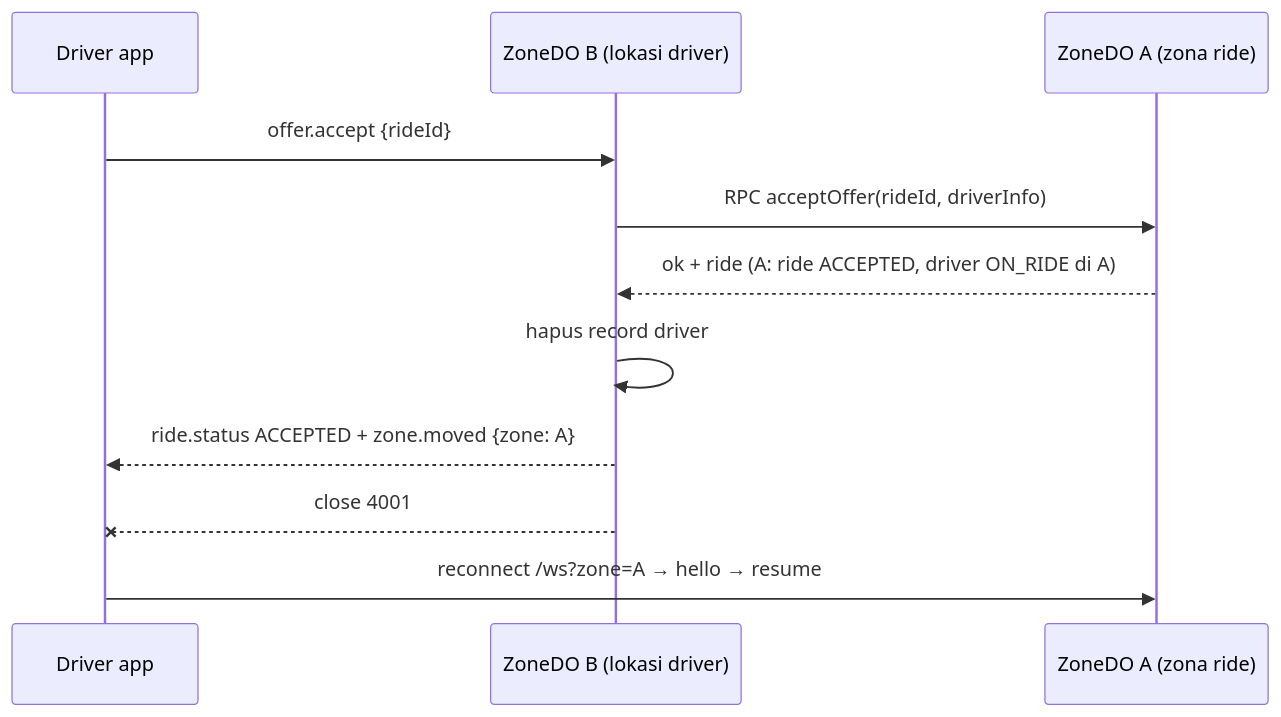
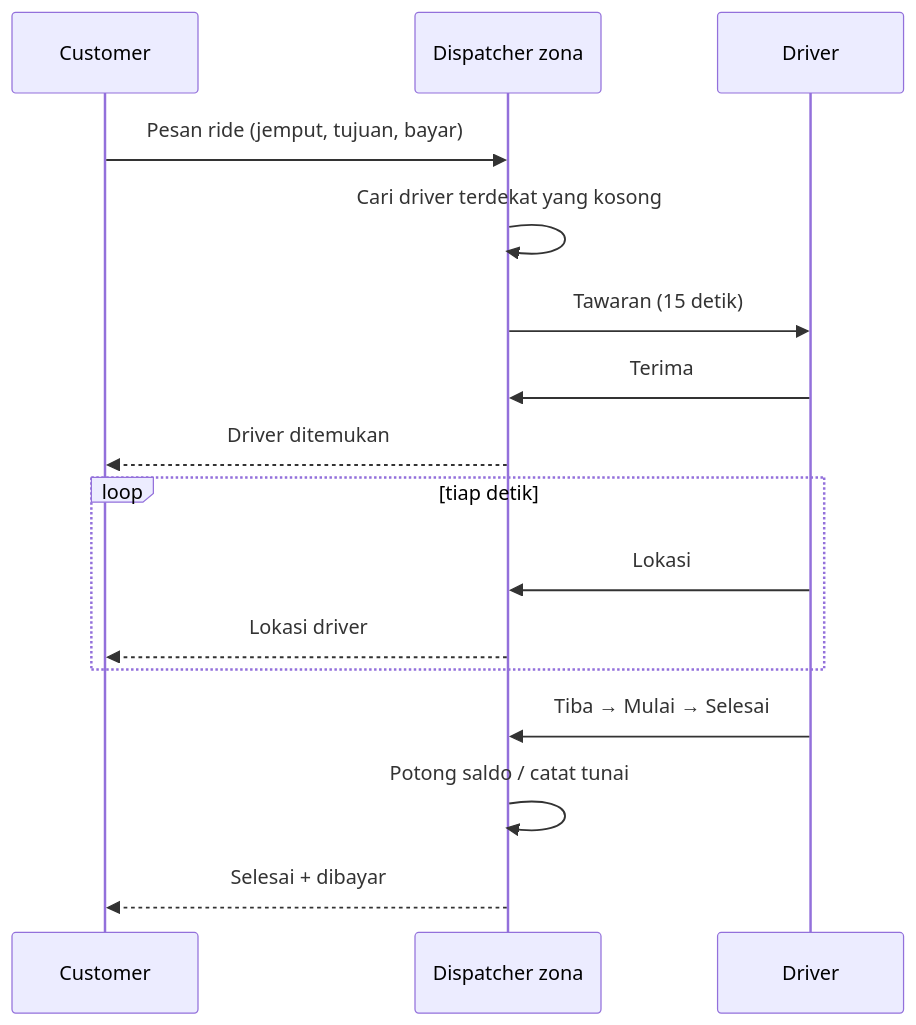
Before and after one commit to ibnumusyaffa/ridehail-cloudflare: the second of 2 diagrams in ARCHITECTURE.md, drawn with Mermaid. The commit also changed other lines of this file and 8 other files, not shown here.

First line of the commit message:
chore: remove headless sim app, simplify architecture doc

````diff
--- a/ARCHITECTURE.md
+++ b/ARCHITECTURE.md
@@ -81,13 +34,18 @@
 ```mermaid
 sequenceDiagram
-  participant Drv as Driver app
-  participant B as ZoneDO B (lokasi driver)
-  participant A as ZoneDO A (zona ride)
-  Drv->>B: offer.accept {rideId}
-  B->>A: RPC acceptOffer(rideId, driverInfo)
-  A-->>B: ok + ride (A: ride ACCEPTED, driver ON_RIDE di A)
-  B->>B: hapus record driver
-  B-->>Drv: ride.status ACCEPTED + zone.moved {zone: A}
-  B--xDrv: close 4001
-  Drv->>A: reconnect /ws?zone=A → hello → resume
+  participant Cu as Customer
+  participant Z as Dispatcher zona
+  participant Dr as Driver
+  Cu->>Z: Pesan ride (jemput, tujuan, bayar)
+  Z->>Z: Cari driver terdekat yang kosong
+  Z->>Dr: Tawaran (15 detik)
+  Dr->>Z: Terima
+  Z-->>Cu: Driver ditemukan
+  loop tiap detik
+    Dr->>Z: Lokasi
+    Z-->>Cu: Lokasi driver
+  end
+  Dr->>Z: Tiba → Mulai → Selesai
+  Z->>Z: Potong saldo / catat tunai
+  Z-->>Cu: Selesai + dibayar
 ```
````
